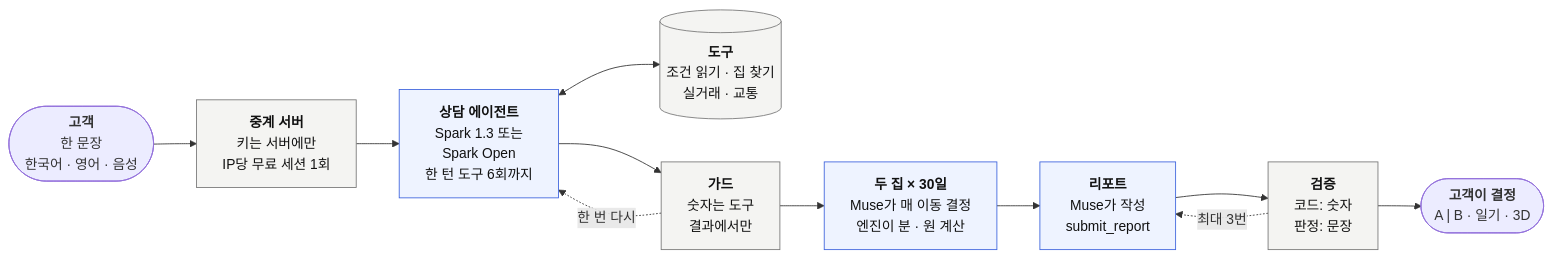
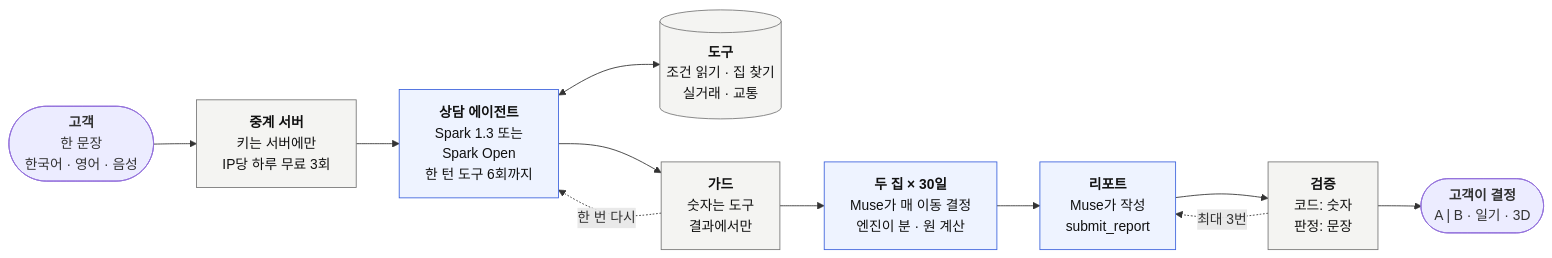
Before and after one commit to halo-sw/ithaca: the diagram in docs/agent-workflow.ko.mmd, drawn with Mermaid. The commit also changed 7 other files, not shown here.

Commit message:
45a: English for the 3-a-day strings; workflow diagram and README say 3 free a day per IP

```diff
--- a/docs/agent-workflow.ko.mmd
+++ b/docs/agent-workflow.ko.mmd
@@ -1,15 +1,15 @@
 flowchart LR
-  U(["<b>고객</b><br/>한 문장<br/>한국어 · 영어 · 음성"]) --> R["<b>중계 서버</b><br/>키는 서버에만<br/>IP당 무료 세션 1회"]
+  U(["<b>고객</b><br/>한 문장<br/>한국어 · 영어 · 음성"]) --> R["<b>중계 서버</b><br/>키는 서버에만<br/>IP당 하루 무료 3회"]
   R --> A["<b>상담 에이전트</b><br/>Spark 1.3 또는<br/>Spark Open<br/>한 턴 도구 6회까지"]
   A <--> T[("<b>도구</b><br/>조건 읽기 · 집 찾기<br/>실거래 · 교통")]
   A --> G["<b>가드</b><br/>숫자는 도구<br/>결과에서만"]
   G -. "한 번 다시" .-> A
   G --> L["<b>두 집 × 30일</b><br/>Muse가 매 이동 결정<br/>엔진이 분 · 원 계산"]
   L --> P["<b>리포트</b><br/>Muse가 작성<br/>submit_report"]
   P --> C["<b>검증</b><br/>코드: 숫자<br/>판정: 문장"]
   C -. "최대 3번" .-> P
   C --> O(["<b>고객이 결정</b><br/>A | B · 일기 · 3D"])
   classDef muse fill:#eef3ff,stroke:#3d63dd,color:#111;
   classDef code fill:#f4f4f2,stroke:#777,color:#111;
   class A,L,P muse
   class R,T,G,C code
```
